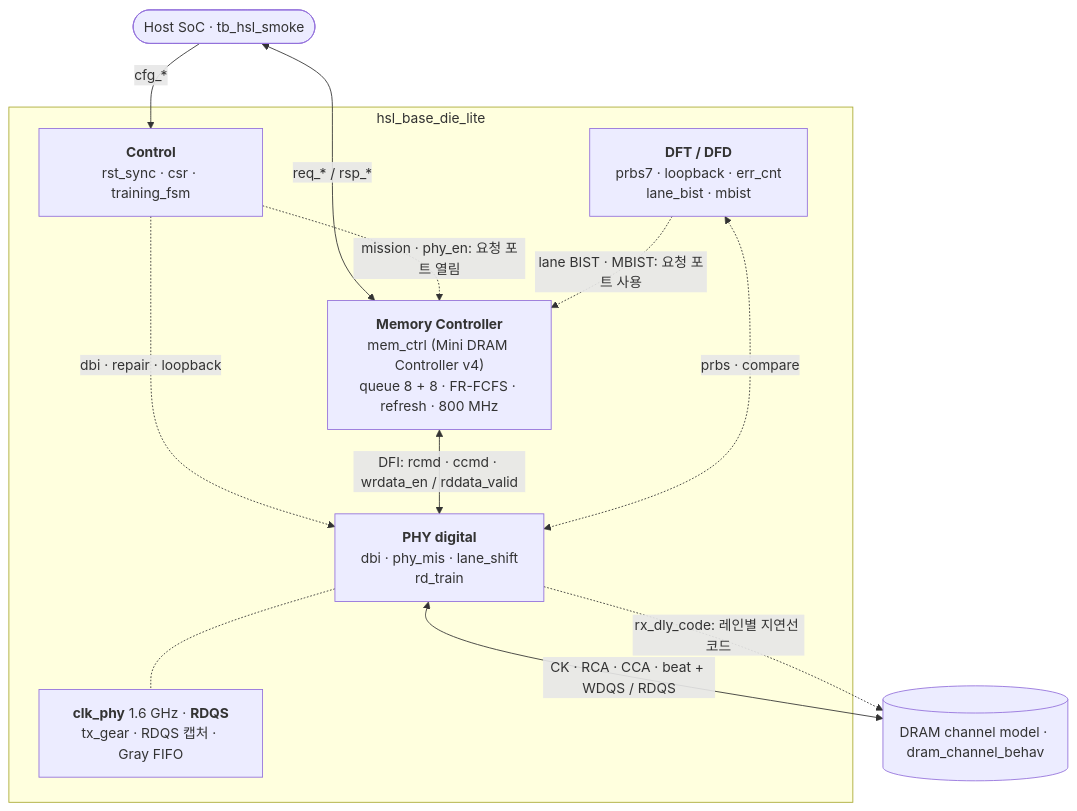
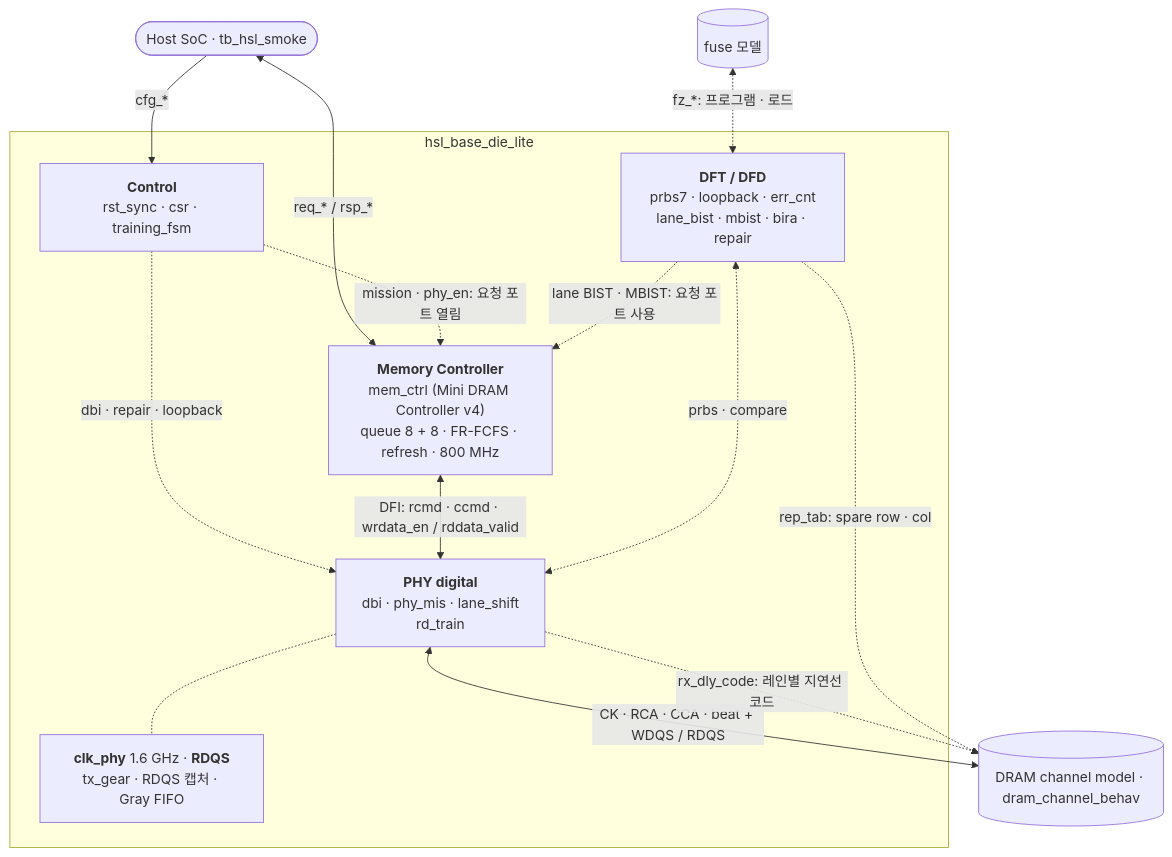
The diagram in README.md (yhkwon-git/High_Speed_Link_Lite), drawn with Mermaid before and after one commit. The commit also changed other lines of this file and 3 other files, not shown here.

First line of the commit message:
Document repair: BIRA rules and repair rates, the repair table and fuses, new numbers.

````diff
--- a/README.md
+++ b/README.md
@@ -56,22 +56,24 @@
 ```mermaid
 flowchart TB
   HOST(["Host SoC · tb_hsl_smoke"])
   subgraph TOP["hsl_base_die_lite"]
     CTRL["<b>Control</b><br/>rst_sync · csr · training_fsm"]
     MC["<b>Memory Controller</b><br/>mem_ctrl (Mini DRAM Controller v4)<br/>queue 8 + 8 · FR-FCFS · refresh · 800 MHz"]
     PHY["<b>PHY digital</b><br/>dbi · phy_mis · lane_shift<br/>rd_train"]
-    DFT["<b>DFT / DFD</b><br/>prbs7 · loopback · err_cnt<br/>lane_bist · mbist"]
+    DFT["<b>DFT / DFD</b><br/>prbs7 · loopback · err_cnt<br/>lane_bist · mbist · bira · repair"]
     CDC["<b>clk_phy</b> 1.6 GHz · <b>RDQS</b><br/>tx_gear · RDQS 캡처 · Gray FIFO"]
   end
   DRAM[("DRAM channel model · dram_channel_behav")]
   HOST -->|"cfg_*"| CTRL
   HOST <-->|"req_* / rsp_*"| MC
   CTRL -.->|"mission · phy_en: 요청 포트 열림"| MC
   CTRL -.->|"dbi · repair · loopback"| PHY
   MC <-->|"DFI: rcmd · ccmd · wrdata_en / rddata_valid"| PHY
   DFT <-.->|"prbs · compare"| PHY
   DFT -.->|"lane BIST · MBIST: 요청 포트 사용"| MC
   PHY -.- CDC
   PHY <-->|"CK · RCA · CCA · beat + WDQS / RDQS"| DRAM
   PHY -.->|"rx_dly_code: 레인별 지연선 코드"| DRAM
+  DFT -.->|"rep_tab: spare row · col"| DRAM
+  FUSE[("fuse 모델")] <-.->|"fz_*: 프로그램 · 로드"| DFT
 ```
````
